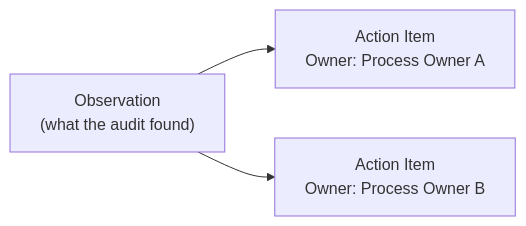
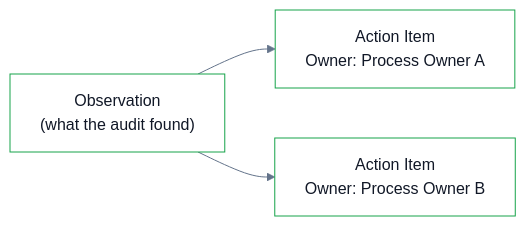
Before and after one commit to ArjunMash/docs: the first of 2 diagrams in action-items.mdx, drawn with Mermaid. The commit also changed other lines of this file and 14 other files, not shown here.

Commit message:
Added swimlane diagrams

````diff
--- a/action-items.mdx
+++ b/action-items.mdx
@@ -8,5 +8,6 @@
 ```mermaid
+%%{init: {"theme":"base","themeVariables":{"primaryColor":"#ffffff","primaryBorderColor":"#16a34a","primaryTextColor":"#111827","lineColor":"#64748b","clusterBkg":"#f1f5f9","clusterBorder":"#64748b","titleColor":"#334155","edgeLabelBackground":"#e2e8f0","fontFamily":"ui-sans-serif, system-ui, sans-serif"},"flowchart":{"curve":"basis"}}}%%
 graph LR
   OBS["Observation<br/>(what the audit found)"] --> AI1["Action Item<br/>Owner: Process Owner A"]
   OBS --> AI2["Action Item<br/>Owner: Process Owner B"]
 ```
````
